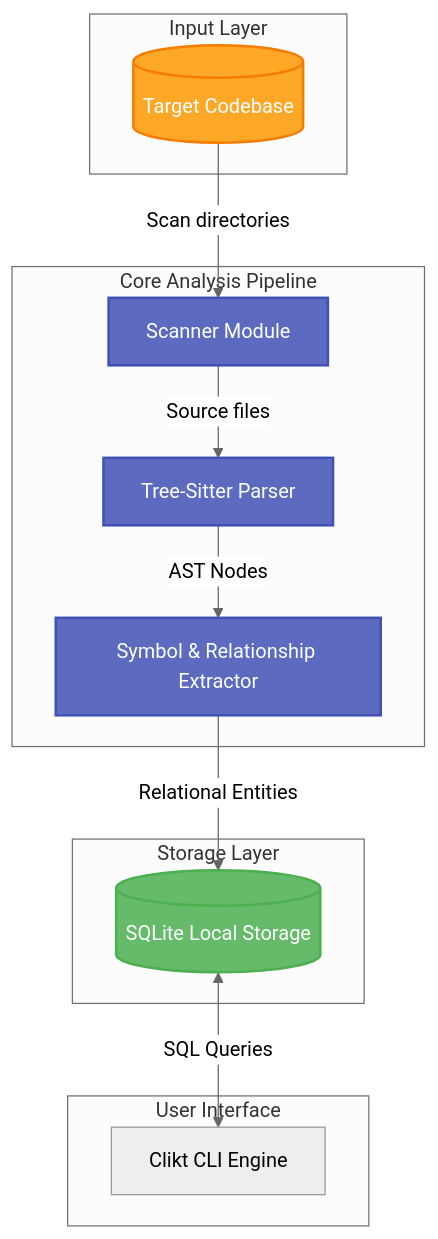
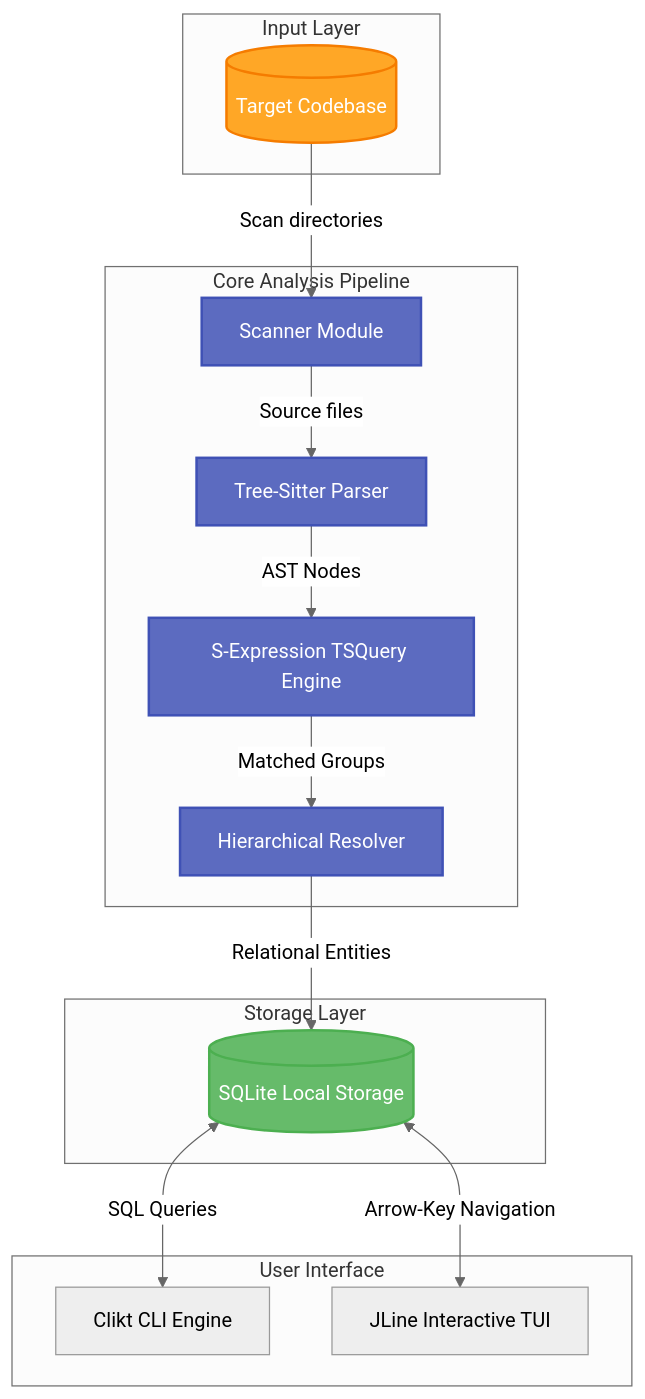
One commit to AjithGoveas/kindex changed the diagram in README.md. Above: the diagram before and after it, drawn with Mermaid (neutral theme). The commit also changed other lines of this file, not shown here.

Commit message:
docs: update README.md with multi-language AST query capabilities and roadmap

````diff
--- a/README.md
+++ b/README.md
@@ -56,34 +58,38 @@
 ```mermaid
 flowchart TD
     subgraph Input Layer
         Repo[(Target Codebase)]
     end
 
     subgraph Core Analysis Pipeline
         Scanner[Scanner Module]
         Parser[Tree-Sitter Parser]
-        Extractor[Symbol & Relationship Extractor]
+        QueryEngine[S-Expression TSQuery Engine]
+        Extractor[Hierarchical Resolver]
     end
 
     subgraph Storage Layer
         DB[(SQLite Local Storage)]
     end
 
     subgraph User Interface
         CLI[Clikt CLI Engine]
+        TUI[JLine Interactive TUI]
     end
 
     Repo -->|Scan directories| Scanner
     Scanner -->|Source files| Parser
-    Parser -->|AST Nodes| Extractor
+    Parser -->|AST Nodes| QueryEngine
+    QueryEngine -->|Matched Groups| Extractor
     Extractor -->|Relational Entities| DB
     DB <-->|SQL Queries| CLI
+    DB <-->|Arrow-Key Navigation| TUI
     
     classDef main fill:#5C6BC0,stroke:#3F51B5,stroke-width:2px,color:#fff;
     classDef storage fill:#66BB6A,stroke:#4CAF50,stroke-width:2px,color:#fff;
     classDef input fill:#FFA726,stroke:#F57C00,stroke-width:2px,color:#fff;
     
-    class Scanner,Parser,Extractor main;
+    class Scanner,Parser,QueryEngine,Extractor main;
     class DB storage;
     class Repo input;
 ```
````
